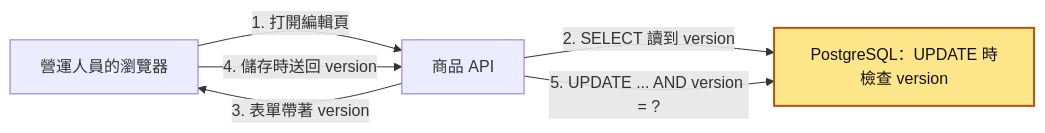
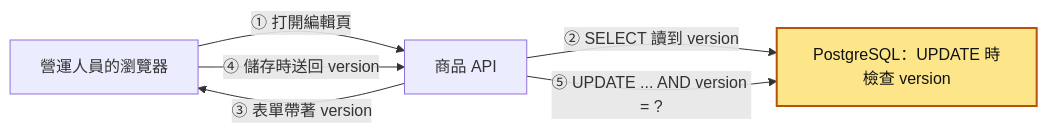
One commit to TLOGBen/BackendBook changed the first of 8 diagrams in docs/06-樂觀鎖定.md. Above: the diagram before and after it, drawn with Mermaid. The commit also changed other lines of this file and 125 other files, not shown here.

First line of the commit message:
新人教材：擴充到 59 篇，每篇加上互動主圖、核心理念與閱讀前知識

````diff
--- a/docs/06-樂觀鎖定.md
+++ b/docs/06-樂觀鎖定.md
@@ -46,10 +69,10 @@
 ```mermaid
 flowchart LR
-    U["營運人員的瀏覽器"] -->|"1. 打開編輯頁"| API["商品 API"]
-    API -->|"2. SELECT 讀到 version"| DB["PostgreSQL：UPDATE 時檢查 version"]
-    API -->|"3. 表單帶著 version"| U
-    U -->|"4. 儲存時送回 version"| API
-    API -->|"5. UPDATE ... AND version = ?"| DB
+    U["營運人員的瀏覽器"] -->|"① 打開編輯頁"| API["商品 API"]
+    API -->|"② SELECT 讀到 version"| DB["PostgreSQL：UPDATE 時檢查 version"]
+    API -->|"③ 表單帶著 version"| U
+    U -->|"④ 儲存時送回 version"| API
+    API -->|"⑤ UPDATE ... AND version = ?"| DB
     classDef hot fill:#fde68a,stroke:#b45309,stroke-width:2px,color:#111
     class DB hot
 ```
````
